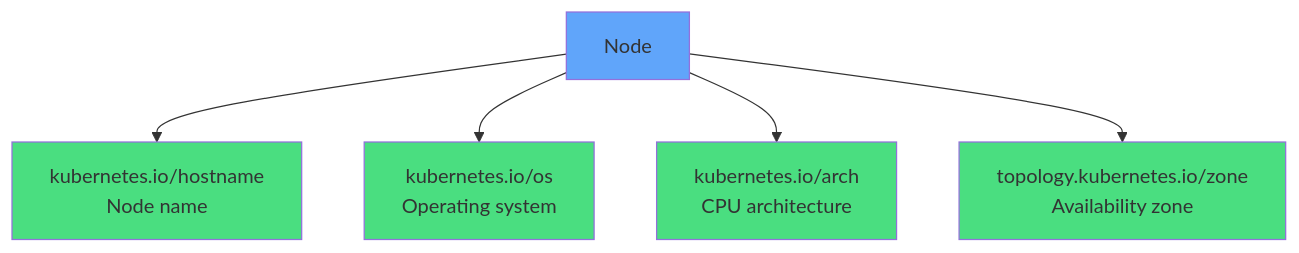
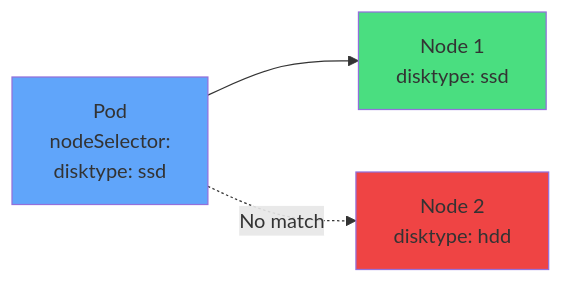
The fifth of 8 diagrams in slides/nodes/slides.md (courselabs/kubernetes), drawn with Mermaid before and after one commit. The commit also changed other lines of this file and 5 other files, not shown here.

````diff
--- a/slides/nodes/slides.md
+++ b/slides/nodes/slides.md
@@ -242,12 +241,8 @@
 ```mermaid
-graph TB
-    N[Node] --> L1["kubernetes.io/hostname<br/>Node name"]
-    N --> L2["kubernetes.io/os<br/>Operating system"]
-    N --> L3["kubernetes.io/arch<br/>CPU architecture"]
-    N --> L4["topology.kubernetes.io/zone<br/>Availability zone"]
-    style N fill:#60a5fa
-    style L1 fill:#4ade80
-    style L2 fill:#4ade80
-    style L3 fill:#4ade80
-    style L4 fill:#4ade80
+graph LR
+    P[Pod<br/>nodeSelector:<br/>disktype: ssd] --> N1[Node 1<br/>disktype: ssd]
+    P -.->|No match| N2[Node 2<br/>disktype: hdd]
+    style P fill:#60a5fa
+    style N1 fill:#4ade80
+    style N2 fill:#ef4444
 ```
````
